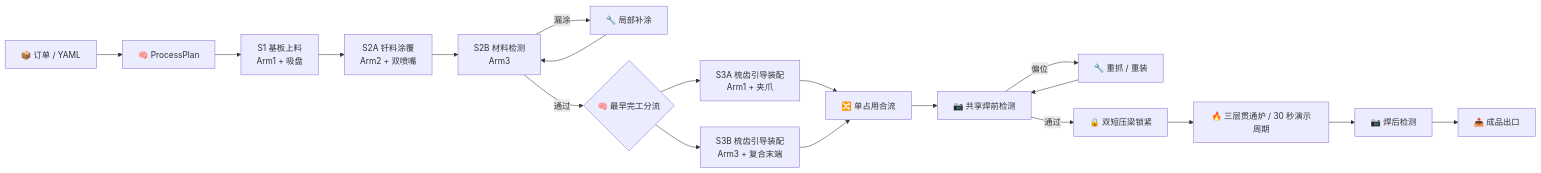
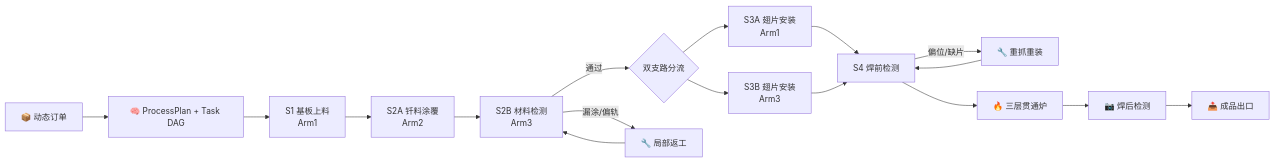
Before and after one commit to w-mone-y/Flexible-process-for-heat-sinks-based-on-FR3: the first of 2 diagrams in README.md, drawn with Mermaid. The commit also changed other lines of this file and 61 other files, not shown here.

````diff
--- a/README.md
+++ b/README.md
@@ -96,21 +88,19 @@
 ```mermaid
 flowchart LR
-    O["📦 订单 / YAML"] --> P["🧠 ProcessPlan"]
-    P --> S1["S1 基板上料<br/>Arm1 + 吸盘"]
-    S1 --> S2A["S2A 钎料涂覆<br/>Arm2 + 双喷嘴"]
-    S2A --> S2B["S2B 材料检测<br/>Arm3"]
-    S2B -->|漏涂| R1["🔧 局部补涂"]
-    R1 --> S2B
-    S2B -->|通过| D{"🧠 最早完工分流"}
-    D --> S3A["S3A 梳齿引导装配<br/>Arm1 + 夹爪"]
-    D --> S3B["S3B 梳齿引导装配<br/>Arm3 + 复合末端"]
-    S3A --> M["🔀 单占用合流"]
-    S3B --> M
-    M --> I2["📷 共享焊前检测"]
-    I2 -->|偏位| R2["🔧 重抓 / 重装"]
-    R2 --> I2
-    I2 -->|通过| L["🔒 双短压梁锁紧"]
-    L --> F["🔥 三层贯通炉 / 30 秒演示周期"]
-    F --> PI["📷 焊后检测"]
-    PI --> OUT["📤 成品出口"]
+    O["📦 动态订单"] --> DAG["🧠 ProcessPlan + Task DAG"]
+    DAG --> S1["S1 基板上料\nArm1"]
+    S1 --> S2A["S2A 钎料涂覆\nArm2"]
+    S2A --> S2B["S2B 材料检测\nArm3"]
+    S2B -->|通过| D{"双支路分流"}
+    S2B -->|漏涂/偏轨| RW1["🔧 局部返工"]
+    RW1 --> S2B
+    D --> S3A["S3A 翅片安装\nArm1"]
+    D --> S3B["S3B 翅片安装\nArm3"]
+    S3A --> S4["S4 焊前检测"]
+    S3B --> S4
+    S4 -->|偏位/缺片| RW2["🔧 重抓重装"]
+    RW2 --> S4
+    S4 --> F["🔥 三层贯通炉"]
+    F --> P["📷 焊后检测"]
+    P --> OUT["📤 成品出口"]
 ```
````
